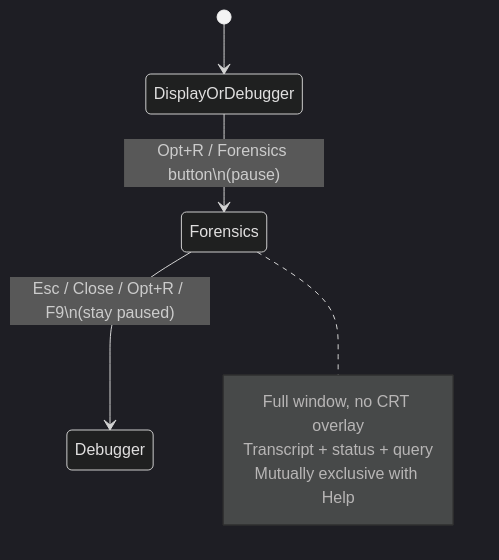
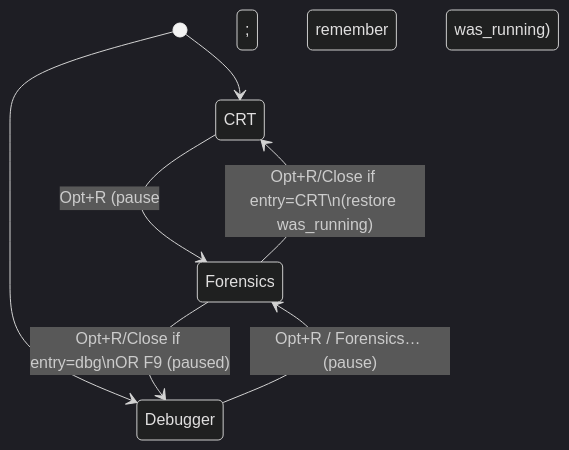
Before and after one commit to StewBC/machines: the first of 3 diagrams in import/a2m/design/forensics-ui.md, drawn with Mermaid (dark theme). The commit also changed other lines of this file and 8 other files, not shown here.

First line of the commit message:
frontend: Forensics leave returns to entry surface

````diff
--- a/import/a2m/design/forensics-ui.md
+++ b/import/a2m/design/forensics-ui.md
@@ -108,11 +106,9 @@
 ```mermaid
 stateDiagram-v2
-    [*] --> DisplayOrDebugger
-    DisplayOrDebugger --> Forensics: Opt+R / Forensics button\n(pause)
-    Forensics --> Debugger: Esc / Close / Opt+R / F9\n(stay paused)
-    note right of Forensics
-      Full window, no CRT overlay
-      Transcript + status + query
-      Mutually exclusive with Help
-    end note
+    [*] --> CRT
+    [*] --> Debugger
+    CRT --> Forensics: Opt+R (pause; remember was_running)
+    Debugger --> Forensics: Opt+R / Forensics… (pause)
+    Forensics --> CRT: Opt+R/Close if entry=CRT\n(restore was_running)
+    Forensics --> Debugger: Opt+R/Close if entry=dbg\nOR F9 (paused)
 ```
````
